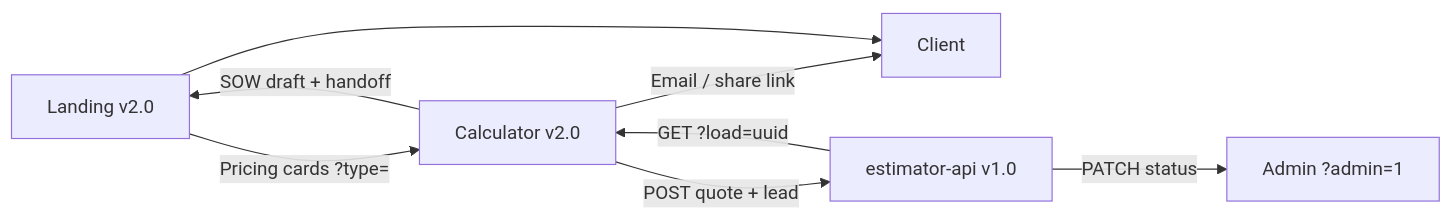
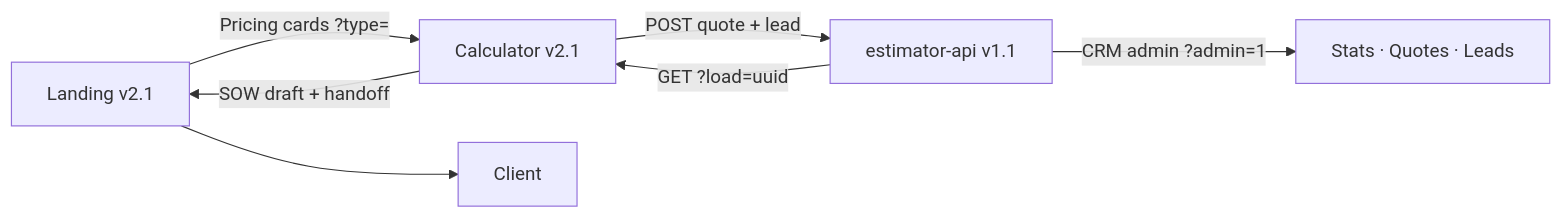
One commit to pixellayer7-jpg/pixellayer7-jpg changed the diagram in README.md. Above: the diagram before and after it, drawn with Mermaid. The commit also changed other lines of this file, not shown here.

Commit message:
Sync profile README to v2.1 CRM loop

````diff
--- a/README.md
+++ b/README.md
@@ -18,10 +18,9 @@
 ```mermaid
 flowchart LR
-  A[Landing v2.0] -->|Pricing cards ?type=| B[Calculator v2.0]
+  A[Landing v2.1] -->|Pricing cards ?type=| B[Calculator v2.1]
   B -->|SOW draft + handoff| A
-  B -->|Email / share link| C[Client]
-  B -->|POST quote + lead| D[estimator-api v1.0]
+  B -->|POST quote + lead| D[estimator-api v1.1]
+  D -->|CRM admin ?admin=1| E[Stats · Quotes · Leads]
   D -->|GET ?load=uuid| B
-  D -->|PATCH status| E[Admin ?admin=1]
-  A --> C
+  A --> C[Client]
 ```
````
